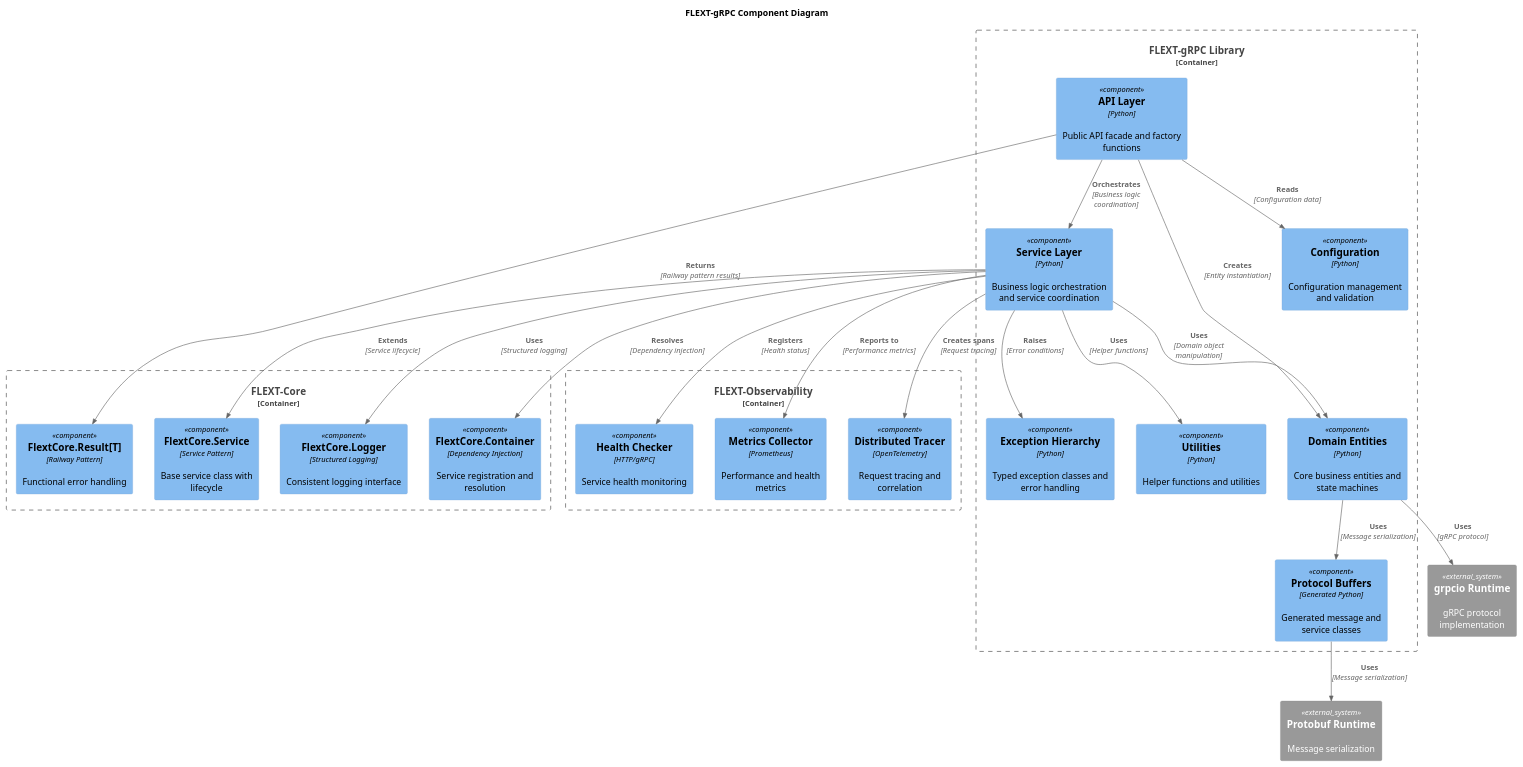
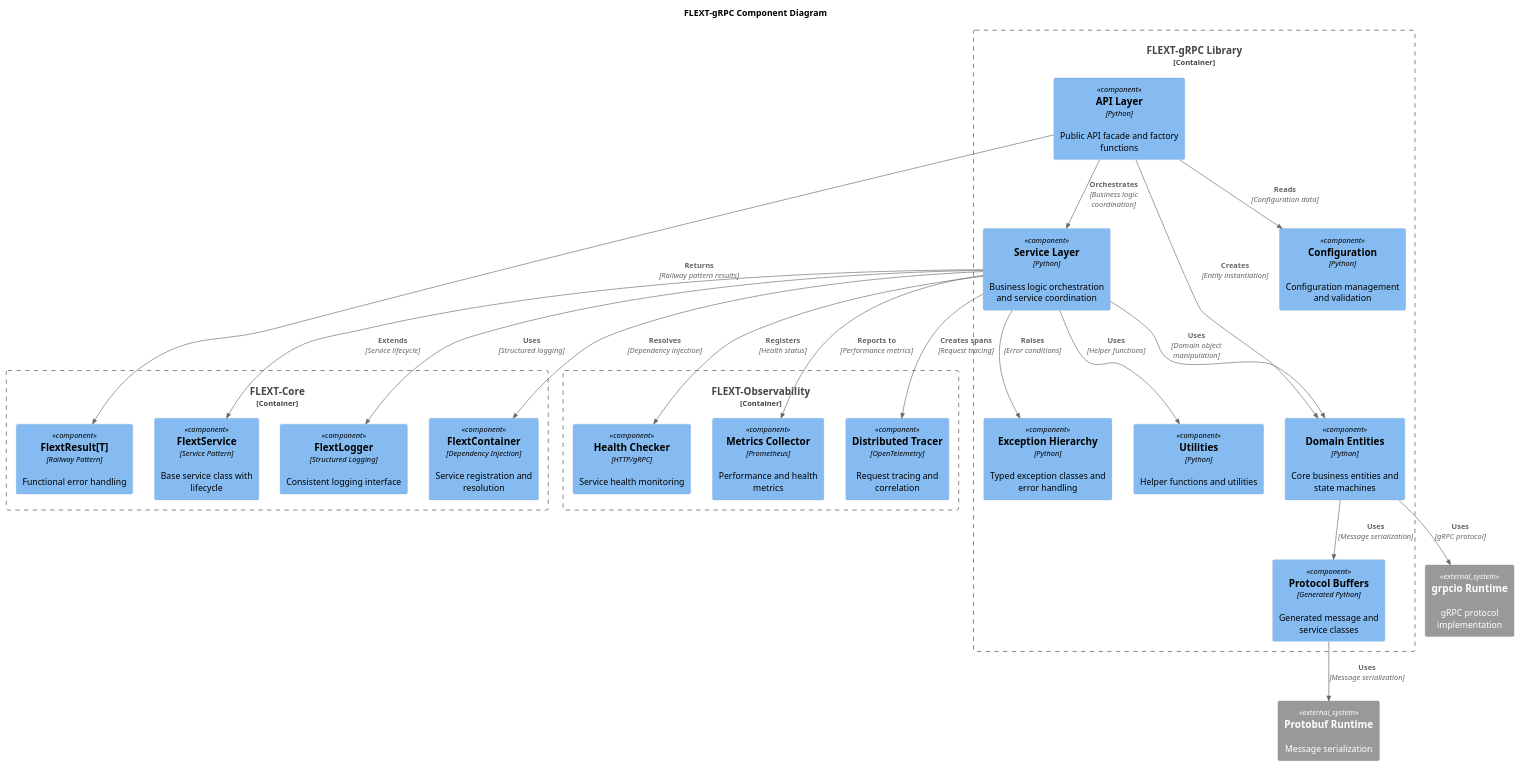
One commit to flext-sh/flext-grpc changed the diagram in docs/architecture/diagrams/components.puml. Above: the diagram before and after it, drawn with PlantUML. The commit also changed 45 other files, not shown here.

```diff
--- a/docs/architecture/diagrams/components.puml
+++ b/docs/architecture/diagrams/components.puml
@@ -1,54 +1,54 @@
 @startuml FLEXT-gRPC Component Diagram
 !include <C4/C4_Component>
 
 title FLEXT-gRPC Component Diagram
 
 Container_Boundary(flext_grpc_lib, "FLEXT-gRPC Library") {
     Component(flext_grpc_api, "API Layer", "Python", "Public API facade and factory functions")
     Component(flext_grpc_services, "Service Layer", "Python", "Business logic orchestration and service coordination")
     Component(flext_grpc_entities, "Domain Entities", "Python", "Core business entities and state machines")
     Component(flext_grpc_config, "Configuration", "Python", "Configuration management and validation")
     Component(flext_grpc_exceptions, "Exception Hierarchy", "Python", "Typed exception classes and error handling")
     Component(flext_grpc_utilities, "Utilities", "Python", "Helper functions and utilities")
     Component(flext_grpc_protobuf, "Protocol Buffers", "Generated Python", "Generated message and service classes")
 }
 
 Container_Boundary(flext_core, "FLEXT-Core") {
-    Component(flext_result, "FlextCore.Result[T]", "Railway Pattern", "Functional error handling")
-    Component(flext_container, "FlextCore.Container", "Dependency Injection", "Service registration and resolution")
-    Component(flext_service, "FlextCore.Service", "Service Pattern", "Base service class with lifecycle")
-    Component(flext_logger, "FlextCore.Logger", "Structured Logging", "Consistent logging interface")
+    Component(flext_result, "FlextResult[T]", "Railway Pattern", "Functional error handling")
+    Component(flext_container, "FlextContainer", "Dependency Injection", "Service registration and resolution")
+    Component(flext_service, "FlextService", "Service Pattern", "Base service class with lifecycle")
+    Component(flext_logger, "FlextLogger", "Structured Logging", "Consistent logging interface")
 }
 
 Container_Boundary(flext_observability, "FLEXT-Observability") {
     Component(metrics_collector, "Metrics Collector", "Prometheus", "Performance and health metrics")
     Component(tracer, "Distributed Tracer", "OpenTelemetry", "Request tracing and correlation")
     Component(health_checker, "Health Checker", "HTTP/gRPC", "Service health monitoring")
 }
 
 System_Ext(grpcio_runtime, "grpcio Runtime", "gRPC protocol implementation")
 System_Ext(protobuf_runtime, "Protobuf Runtime", "Message serialization")
 
 Rel(flext_grpc_api, flext_grpc_services, "Orchestrates", "Business logic coordination")
 Rel(flext_grpc_api, flext_grpc_entities, "Creates", "Entity instantiation")
 Rel(flext_grpc_api, flext_grpc_config, "Reads", "Configuration data")
 
 Rel(flext_grpc_services, flext_grpc_entities, "Uses", "Domain object manipulation")
 Rel(flext_grpc_services, flext_grpc_exceptions, "Raises", "Error conditions")
 Rel(flext_grpc_services, flext_grpc_utilities, "Uses", "Helper functions")
 
 Rel(flext_grpc_entities, flext_grpc_protobuf, "Uses", "Message serialization")
 
 Rel(flext_grpc_api, flext_result, "Returns", "Railway pattern results")
 Rel(flext_grpc_services, flext_container, "Resolves", "Dependency injection")
 Rel(flext_grpc_services, flext_service, "Extends", "Service lifecycle")
 Rel(flext_grpc_services, flext_logger, "Uses", "Structured logging")
 
 Rel(flext_grpc_services, metrics_collector, "Reports to", "Performance metrics")
 Rel(flext_grpc_services, tracer, "Creates spans", "Request tracing")
 Rel(flext_grpc_services, health_checker, "Registers", "Health status")
 
 Rel(flext_grpc_entities, grpcio_runtime, "Uses", "gRPC protocol")
 Rel(flext_grpc_protobuf, protobuf_runtime, "Uses", "Message serialization")
 
 @enduml
```
